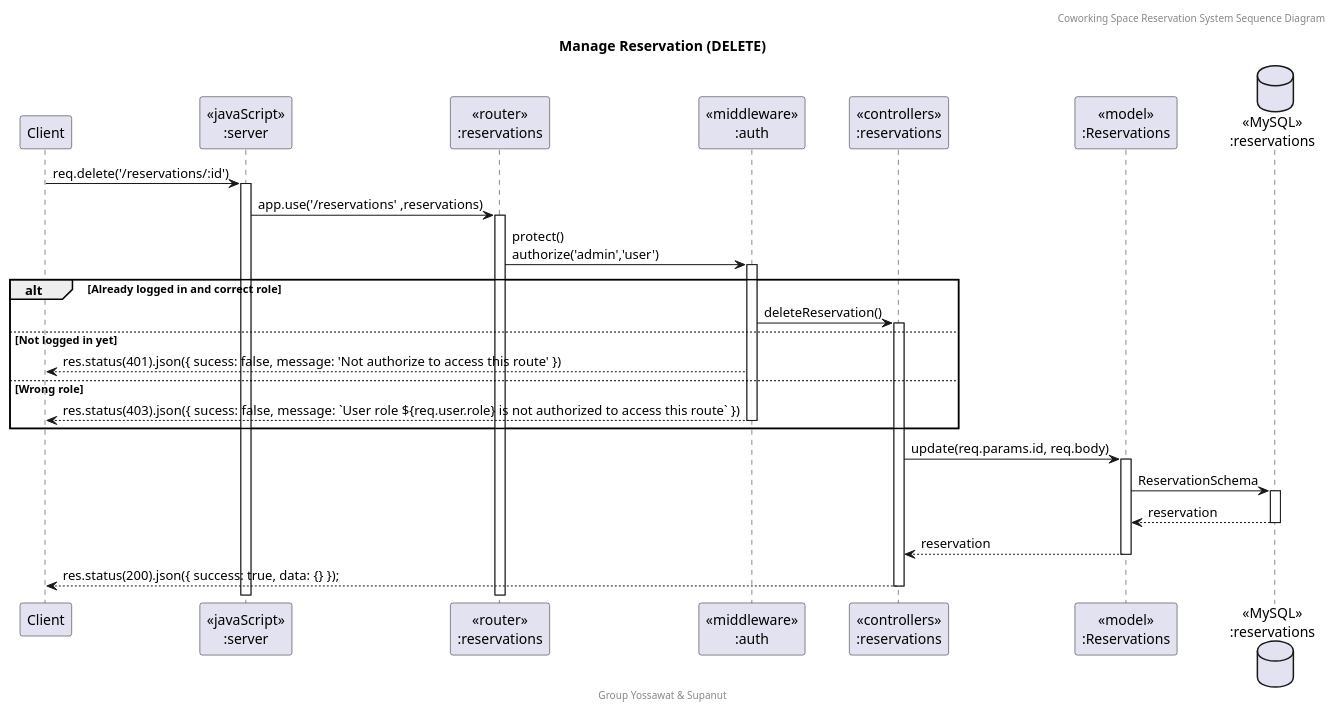
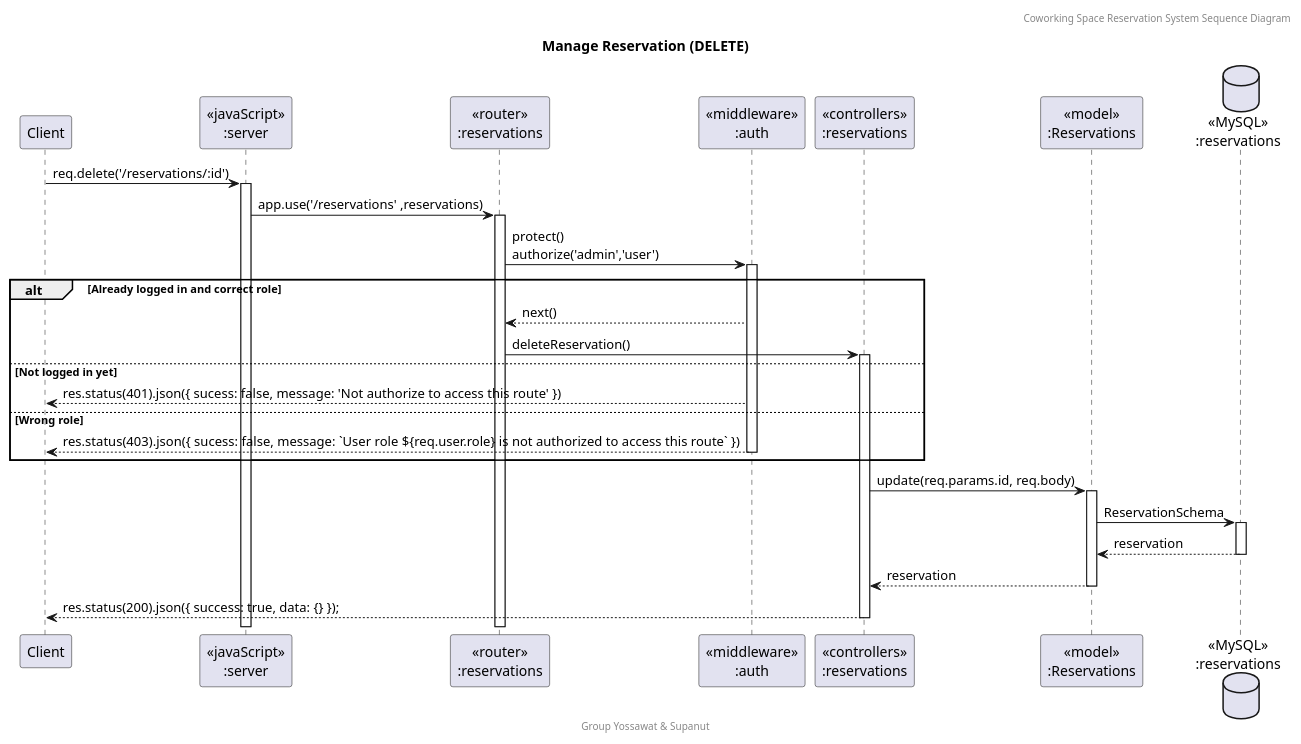
The diagram in doc/Sequence Diagram/puml/Re_Delete.puml (SupanutT/sw-dev-prac-project), drawn with PlantUML before and after one commit. The commit also changed 7 other files, not shown here.

Commit message:
fix: sequence diagram

```diff
--- a/doc/Sequence Diagram/puml/Re_Delete.puml
+++ b/doc/Sequence Diagram/puml/Re_Delete.puml
@@ -1,31 +1,32 @@
 @startuml Manage Reservation (DELETE)
 
 header Coworking Space Reservation System Sequence Diagram
 footer Group Yossawat & Supanut
 title "Manage Reservation (DELETE)"
 
 participant "Client" as client
 participant "<<javaScript>>\n:server" as server
 participant "<<router>>\n:reservations" as routerReservations
 participant "<<middleware>>\n:auth" as middleware
 participant "<<controllers>>\n:reservations" as controllersReservations
 participant "<<model>>\n:Reservations" as modelReservation
 database "<<MySQL>>\n:reservations" as ReservationsDatabase
 
 client -> server ++:req.delete('/reservations/:id')
 server -> routerReservations ++:app.use('/reservations' ,reservations)
 routerReservations -> middleware ++:protect()\nauthorize('admin','user')
 alt Already logged in and correct role
-    middleware -> controllersReservations ++: deleteReservation()
+    middleware --> routerReservations : next()
+    routerReservations -> controllersReservations ++: deleteReservation()
 else Not logged in yet
     middleware --> client : res.status(401).json({ sucess: false, message: 'Not authorize to access this route' })
 else Wrong role
     middleware --> client --: res.status(403).json({ sucess: false, message: `User role ${req.user.role} is not authorized to access this route` })
 end
 controllersReservations -> modelReservation ++: update(req.params.id, req.body)
 modelReservation -> ReservationsDatabase ++: ReservationSchema
 ReservationsDatabase --> modelReservation --: reservation
 controllersReservations <-- modelReservation --: reservation
 controllersReservations --> client --: res.status(200).json({ success: true, data: {} });
 
 @enduml
```
